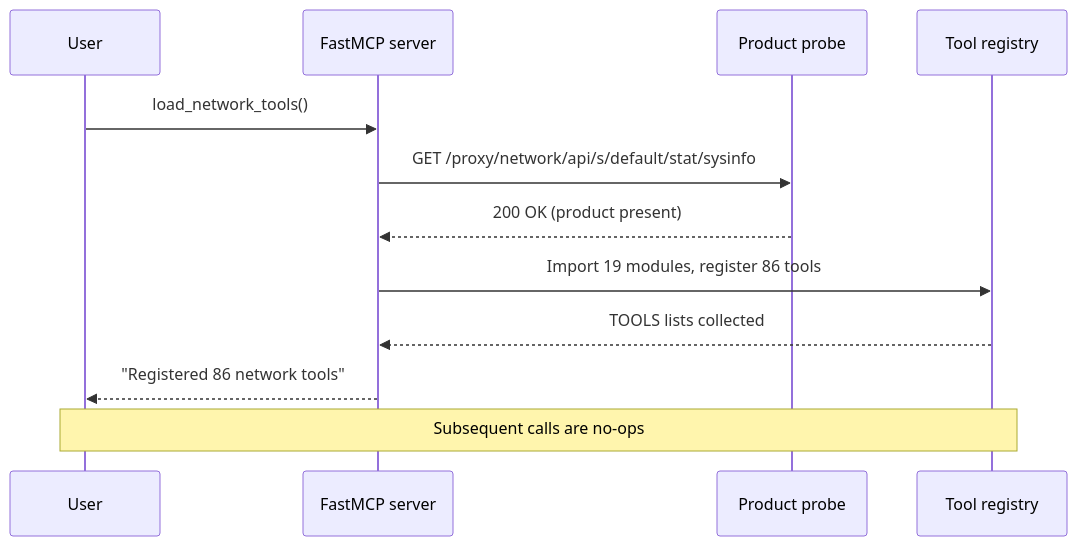
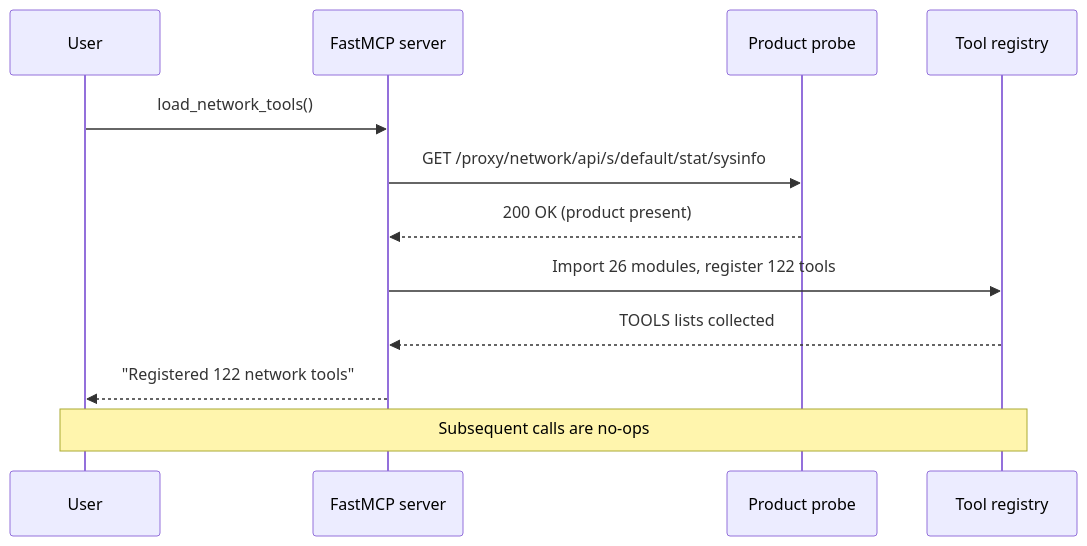
Before and after one commit to chris2ao/unifi-mcp: the second of 3 diagrams in README.md, drawn with Mermaid. The commit also changed other lines of this file and 89 other files, not shown here.

````diff
--- a/README.md
+++ b/README.md
@@ -270,14 +296,14 @@
 ```mermaid
 sequenceDiagram
     participant User
     participant MCP as FastMCP server
     participant Probe as Product probe
     participant Tools as Tool registry
     User->>MCP: load_network_tools()
     MCP->>Probe: GET /proxy/network/api/s/default/stat/sysinfo
     Probe-->>MCP: 200 OK (product present)
-    MCP->>Tools: Import 19 modules, register 86 tools
+    MCP->>Tools: Import 26 modules, register 122 tools
     Tools-->>MCP: TOOLS lists collected
-    MCP-->>User: "Registered 86 network tools"
+    MCP-->>User: "Registered 122 network tools"
     Note over User,Tools: Subsequent calls are no-ops
 ```
````
